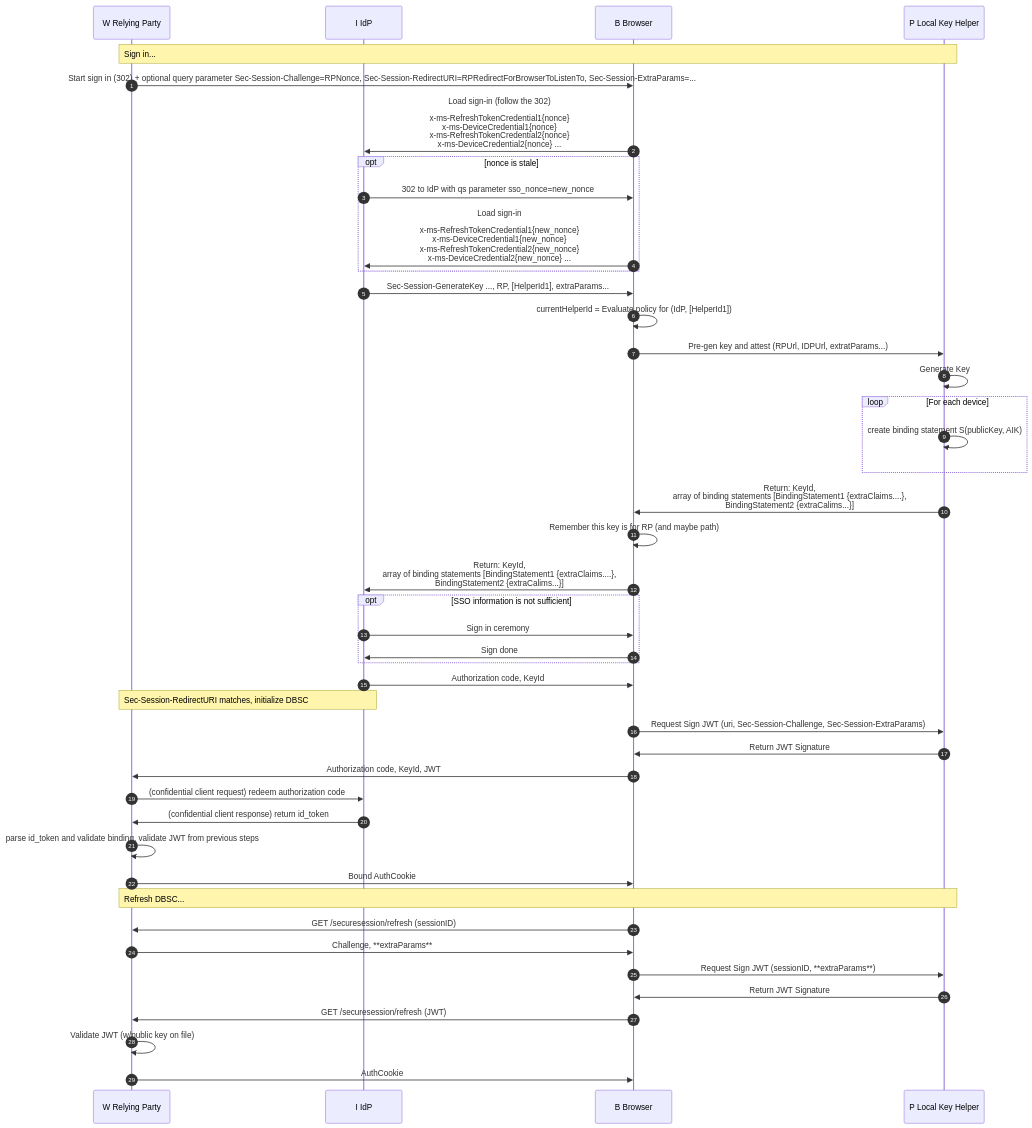
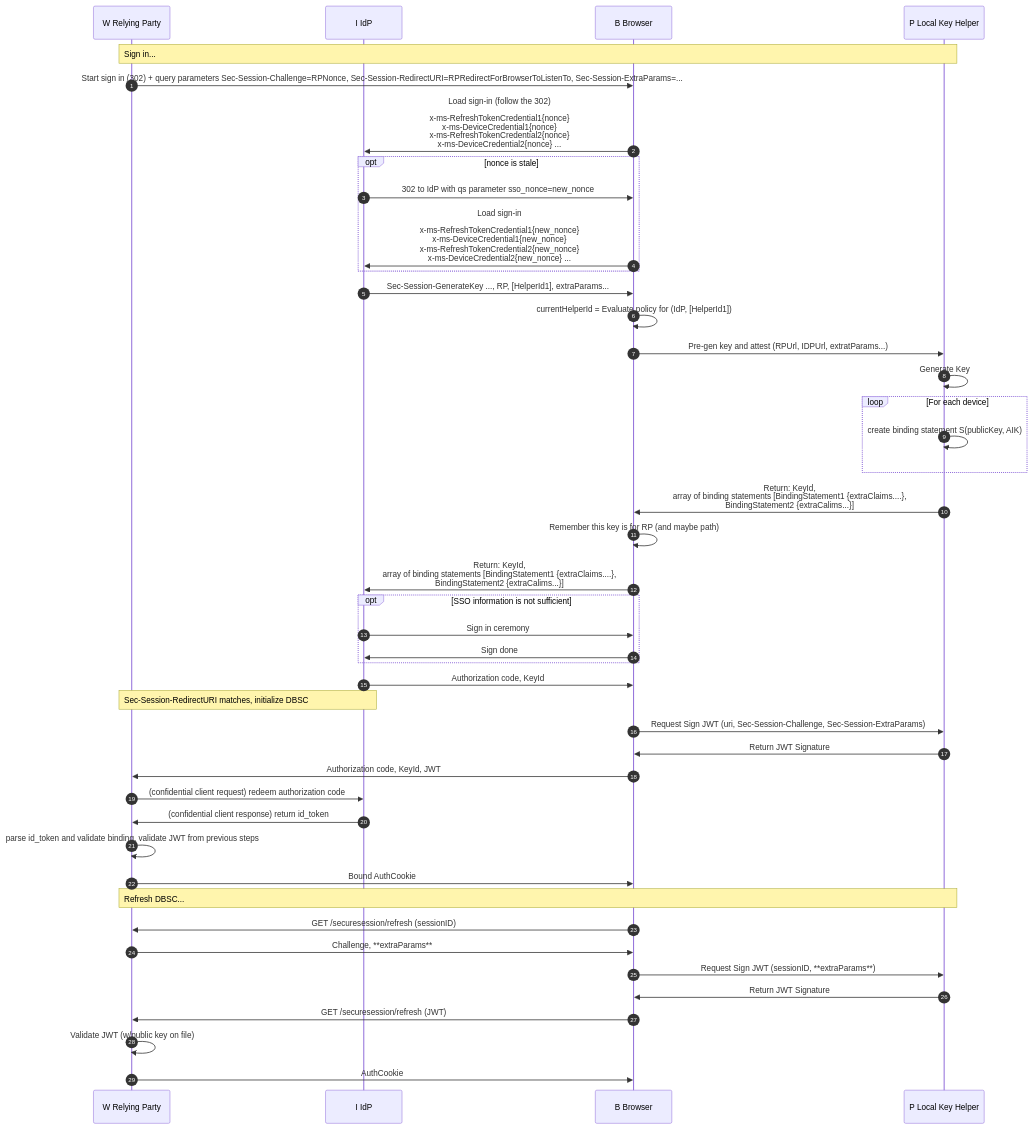
Before and after one commit to alextok/dbsc-discussions: the fourth of 9 diagrams in README.md, drawn with Mermaid.

````diff
--- a/README.md
+++ b/README.md
@@ -136,57 +136,57 @@
 ```mermaid
 sequenceDiagram
 %%{ init: { 'sequence': { 'noteAlign': 'left'} } }%%
 autonumber 1
 participant W as W Relying Party
 participant I as I IdP
 participant B as B Browser
 participant P as P Local Key Helper
 
 Note over W, P: Sign in...
-W->>B: Start sign in (302) + optional query parameter Sec-Session-Challenge=RPNonce, Sec-Session-RedirectURI=RPRedirectForBrowserToListenTo, Sec-Session-ExtraParams=...
+W->>B: Start sign in (302) + query parameters Sec-Session-Challenge=RPNonce, Sec-Session-RedirectURI=RPRedirectForBrowserToListenTo, Sec-Session-ExtraParams=...
 
 B->>I: Load sign-in (follow the 302)<br/><br/>x-ms-RefreshTokenCredential1{nonce}<br/>x-ms-DeviceCredential1{nonce}<br/> x-ms-RefreshTokenCredential2{nonce}<br/> x-ms-DeviceCredential2{nonce} ...
 
 opt nonce is stale
 I->>B: 302 to IdP with qs parameter sso_nonce=new_nonce
 B->>I: Load sign-in<br/><br/>x-ms-RefreshTokenCredential1{new_nonce}<br/>x-ms-DeviceCredential1{new_nonce}<br/> x-ms-RefreshTokenCredential2{new_nonce}<br/> x-ms-DeviceCredential2{new_nonce} ...
 end
 
 I->>B: Sec-Session-GenerateKey ..., RP, [HelperId1], extraParams...
 B->>B: currentHelperId = Evaluate policy for (IdP, [HelperId1])
 B->>P: Pre-gen key and attest (RPUrl, IDPUrl, extratParams...)
  
 P->>P: Generate Key
 
 loop For each device
 P->>P: create binding statement S(publicKey, AIK)
 end
 
 P->>B: Return: KeyId, <br/>array of binding statements [BindingStatement1 {extraClaims....}, <br/>BindingStatement2 {extraCalims...}]
 B->>B: Remember this key is for RP (and maybe path)
 B->>I: Return: KeyId, <br/>array of binding statements [BindingStatement1 {extraClaims....}, <br/>BindingStatement2 {extraCalims...}]
 
 opt SSO information is not sufficient
 I->>B: Sign in ceremony
 B->>I: Sign done
 end
 
 I->>B: Authorization code, KeyId
 Note over W, I: Sec-Session-RedirectURI matches, initialize DBSC
 B->>P: Request Sign JWT (uri, Sec-Session-Challenge, Sec-Session-ExtraParams)
 P->>B: Return JWT Signature
 B->>W: Authorization code, KeyId, JWT
 W->>I: (confidential client request) redeem authorization code
 I->>W: (confidential client response) return id_token
 W->>W: parse id_token and validate binding, validate JWT from previous steps
 W->>B: Bound AuthCookie
 
 Note over W, P: Refresh DBSC...
 B->>W: GET /securesession/refresh (sessionID)
 W->>B: Challenge, **extraParams**
 B->>P: Request Sign JWT (sessionID, **extraParams**)
 P->>B: Return JWT Signature
 B->>W: GET /securesession/refresh (JWT)
 W->>W: Validate JWT (w/public key on file)
 W->>B: AuthCookie
 ```
````
